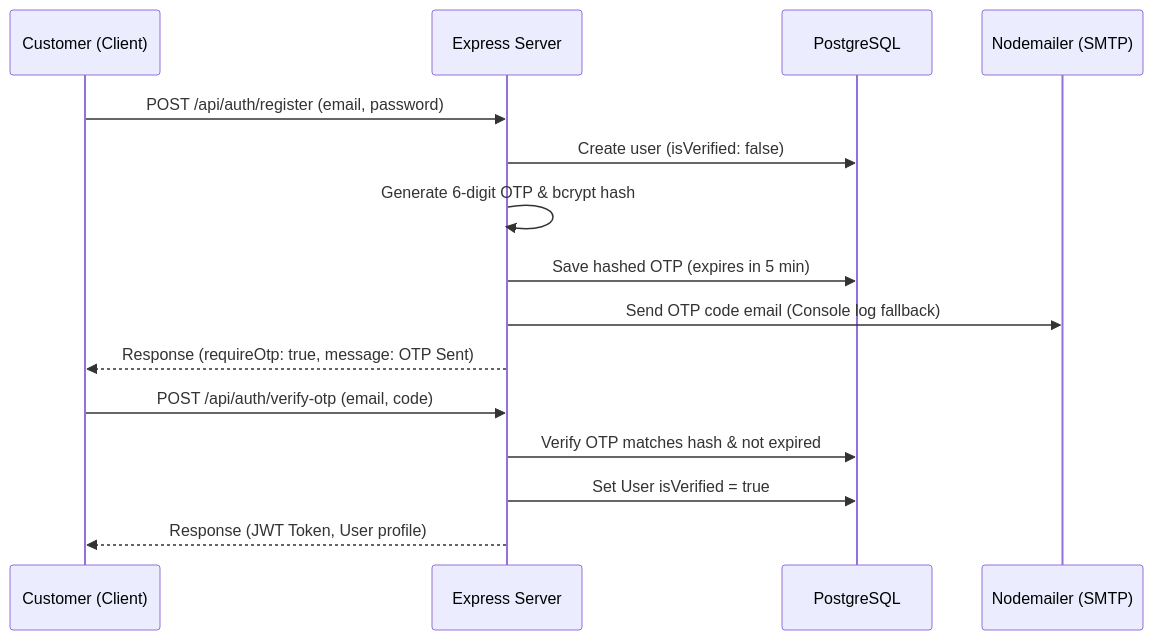
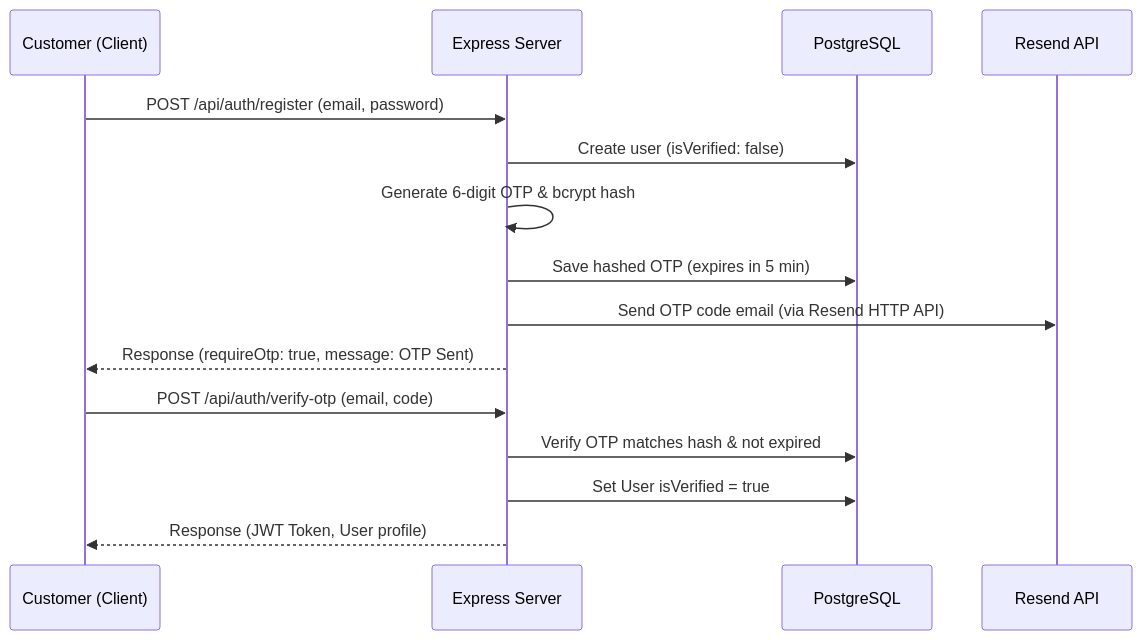
The first of 3 diagrams in backend/README.md (HungEzz/Felix_Doggy), drawn with Mermaid before and after one commit. The commit also changed other lines of this file and 4 other files, not shown here.

Commit message:
refactor: replace Nodemailer with Resend and update README

````diff
--- a/backend/README.md
+++ b/backend/README.md
@@ -478,19 +478,19 @@
 ```mermaid
 sequenceDiagram
     participant C as Customer (Client)
     participant S as Express Server
     participant DB as PostgreSQL
-    participant E as Nodemailer (SMTP)
+    participant E as Resend API
 
     C->>S: POST /api/auth/register (email, password)
     S->>DB: Create user (isVerified: false)
     S->>S: Generate 6-digit OTP & bcrypt hash
     S->>DB: Save hashed OTP (expires in 5 min)
-    S->>E: Send OTP code email (Console log fallback)
+    S->>E: Send OTP code email (via Resend HTTP API)
     S-->>C: Response (requireOtp: true, message: OTP Sent)
     
     C->>S: POST /api/auth/verify-otp (email, code)
     S->>DB: Verify OTP matches hash & not expired
     S->>DB: Set User isVerified = true
     S-->>C: Response (JWT Token, User profile)
 ```
````
